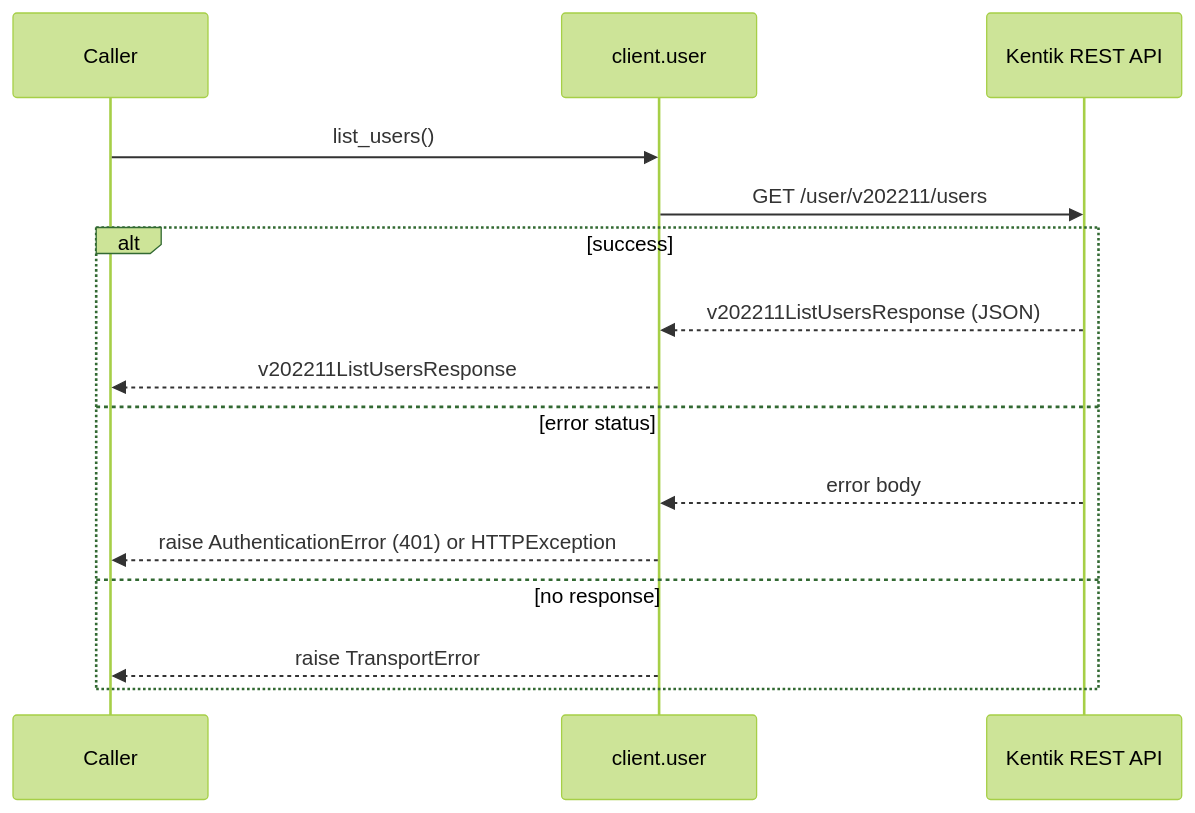
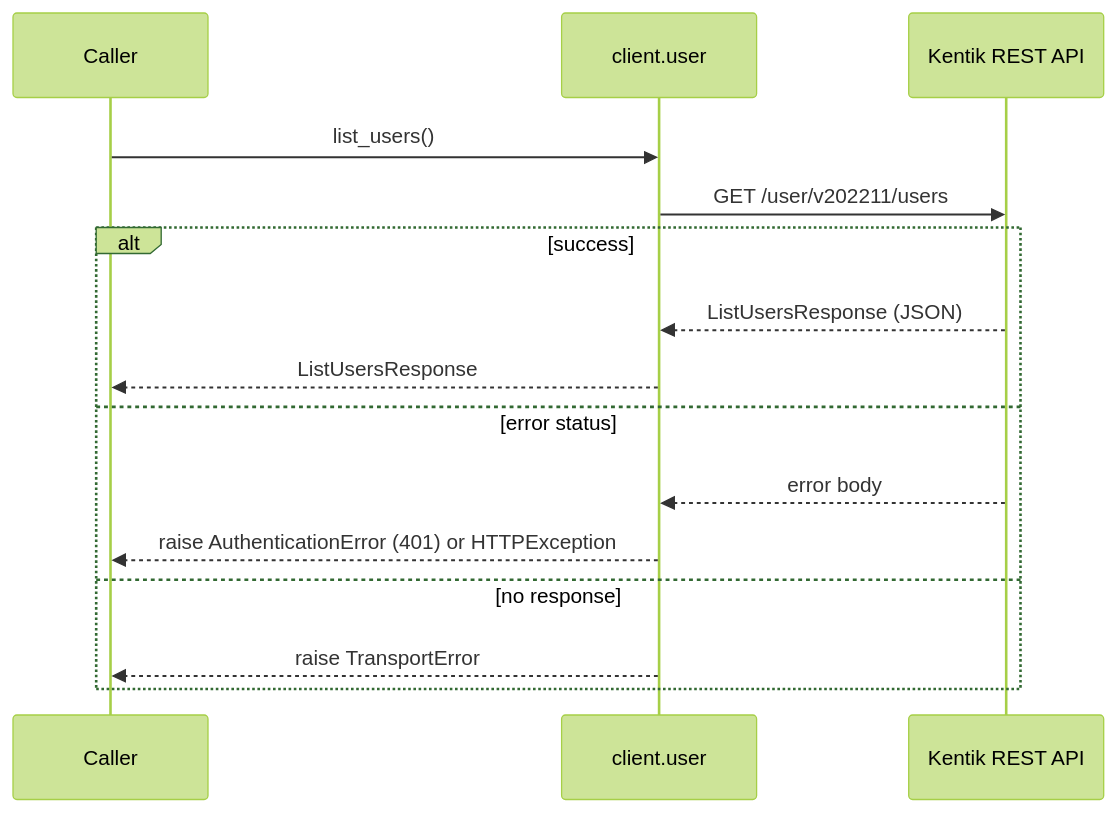
The second of 16 diagrams in docs/sphinx/services/user.md (alexdearaujo/community_sdk_python), drawn with Mermaid (forest theme) before and after one commit. The commit also changed other lines of this file and 38 other files, not shown here.

````diff
--- a/docs/sphinx/services/user.md
+++ b/docs/sphinx/services/user.md
@@ -38,18 +38,18 @@
 ```mermaid
 sequenceDiagram
     participant C as Caller
     participant W as client.user
     participant API as Kentik REST API
 
     C->>W: list_users()
     W->>API: GET /user/v202211/users
     alt success
-        API-->>W: v202211ListUsersResponse (JSON)
-        W-->>C: v202211ListUsersResponse
+        API-->>W: ListUsersResponse (JSON)
+        W-->>C: ListUsersResponse
     else error status
         API-->>W: error body
         W-->>C: raise AuthenticationError (401) or HTTPException
     else no response
         W-->>C: raise TransportError
     end
 ```
````
